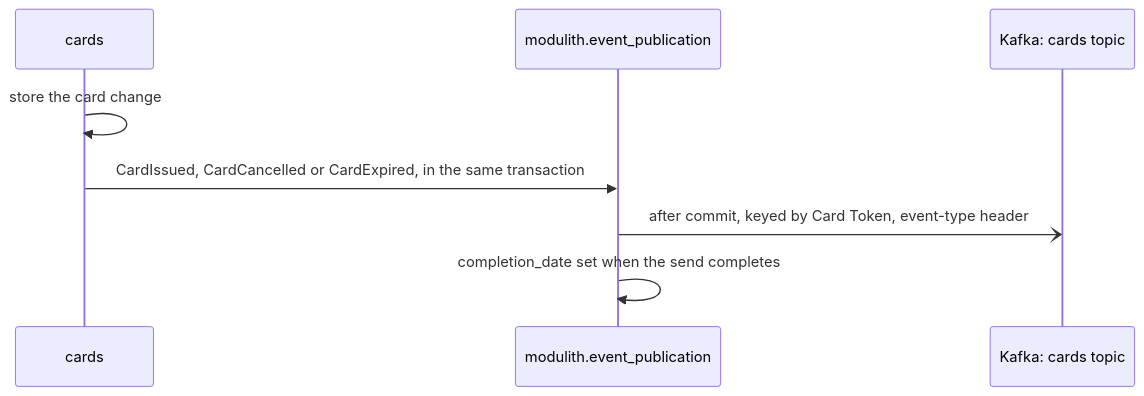
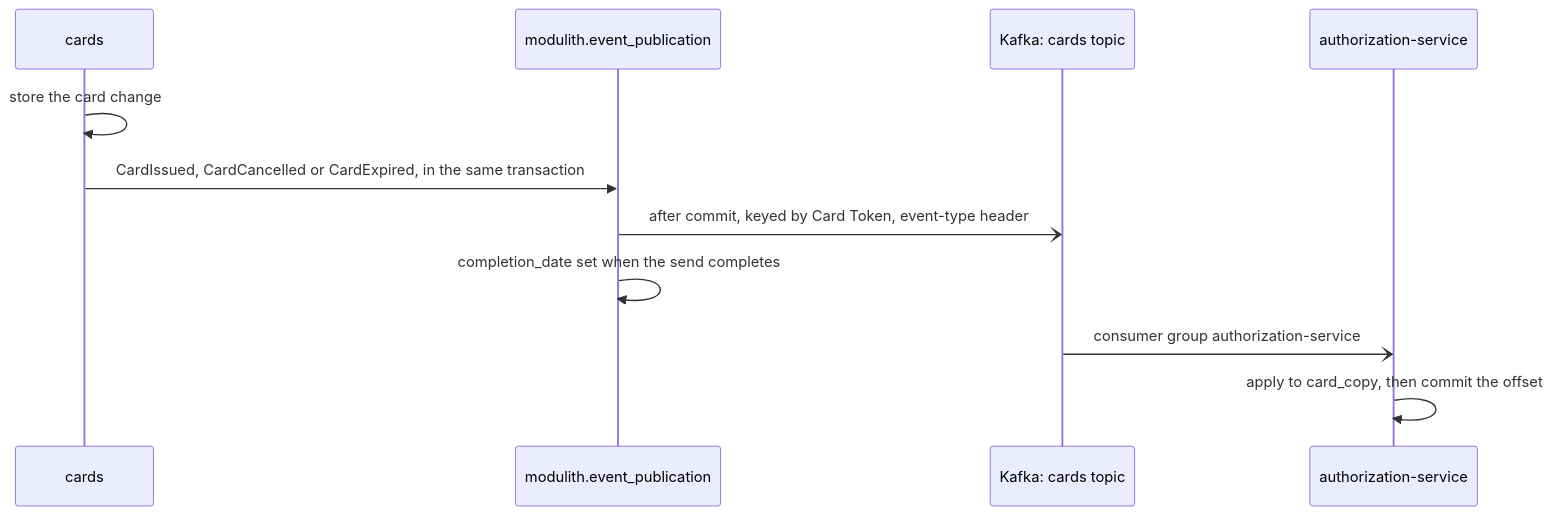
One commit to rgonzal92/b2b-payments-platform changed the sixth of 12 diagrams in docs/architecture.md. Above: the diagram before and after it, drawn with Mermaid. The commit also changed other lines of this file and 26 other files, not shown here.

First line of the commit message:
feat: authorization-service keeps its own copy of the cards

````diff
--- a/docs/architecture.md
+++ b/docs/architecture.md
@@ -201,11 +203,14 @@
 ```mermaid
 sequenceDiagram
   participant CRD as cards
   participant REG as modulith.event_publication
   participant KAF as Kafka: cards topic
+  participant SVC as authorization-service
 
   CRD->>CRD: store the card change
   CRD->>REG: CardIssued, CardCancelled or CardExpired, in the same transaction
   REG-)KAF: after commit, keyed by Card Token, event-type header
   REG->>REG: completion_date set when the send completes
+  KAF-)SVC: consumer group authorization-service
+  SVC->>SVC: apply to card_copy, then commit the offset
 ```
````
